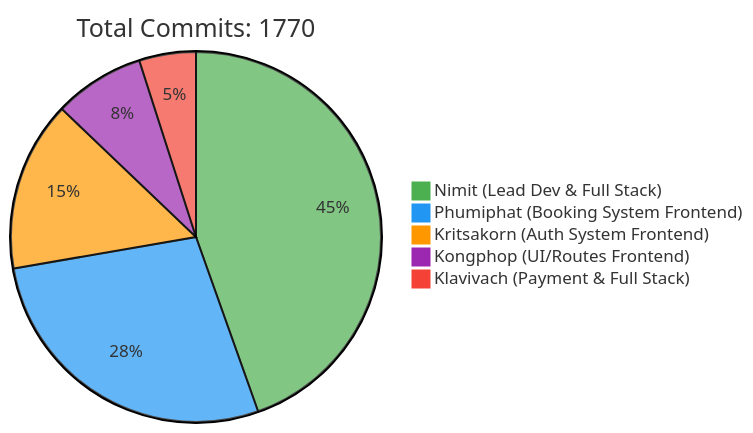
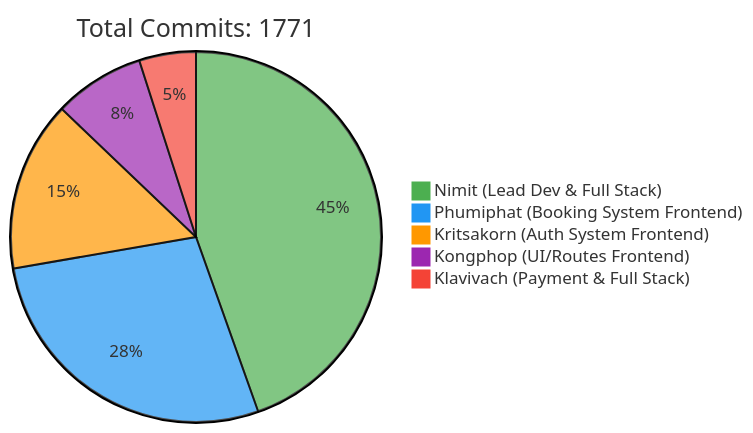
The first of 2 diagrams in README.md (6531503042/Sport-Complex), drawn with Mermaid before and after one commit. The commit also changed other lines of this file, not shown here.

Commit message:
docs: Update contributor statistics [skip ci]

````diff
--- a/README.md
+++ b/README.md
@@ -257,10 +257,10 @@
 ```mermaid
 %%{init: {'theme': 'base', 'themeVariables': { 'pie1': '#4CAF50', 'pie2': '#2196F3', 'pie3': '#FF9800', 'pie4': '#9C27B0', 'pie5': '#F44336'}}}%%
 pie
-    title Total Commits: 1770
+    title Total Commits: 1771
     "Nimit (Lead Dev & Full Stack)" : 450
     "Phumiphat (Booking System Frontend)" : 280
     "Kritsakorn (Auth System Frontend)" : 150
     "Kongphop (UI/Routes Frontend)" : 80
     "Klavivach (Payment & Full Stack)" : 50
 ```
````
